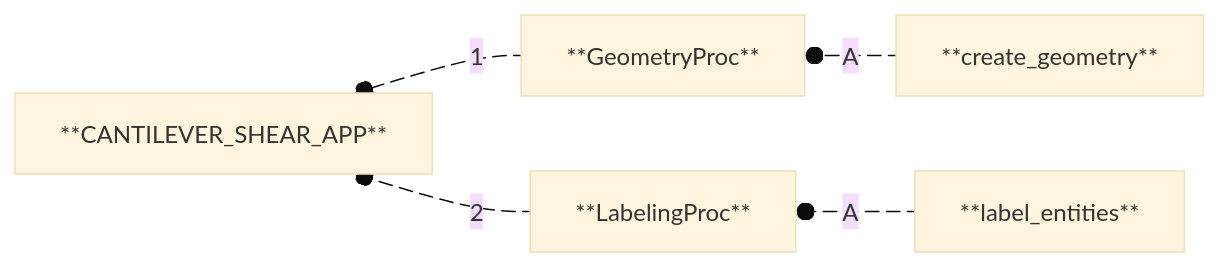
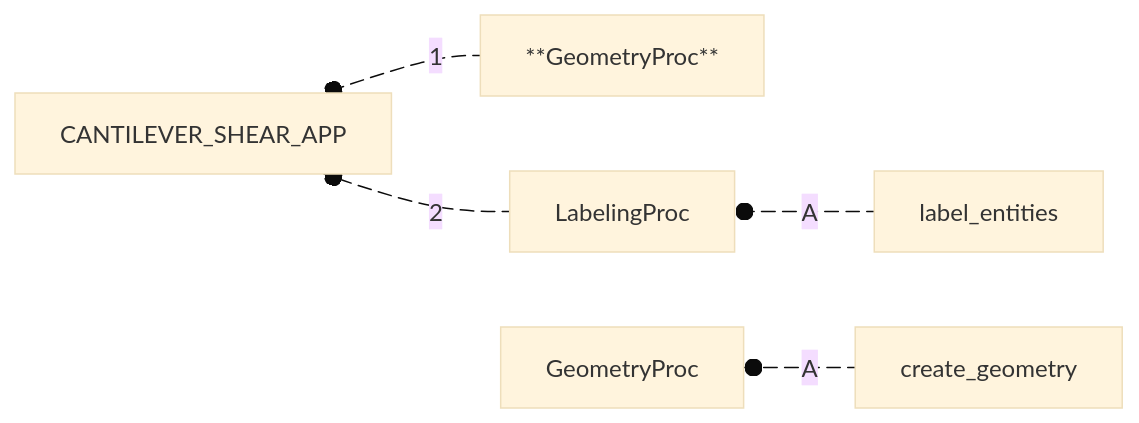
One commit to nuremics/nuremics-docs changed the first of 6 diagrams in docs/labs/Apps/simulation/CANTILEVER_SHEAR_APP/app.md. Above: the diagram before and after it, drawn with Mermaid (base theme). The commit also changed other lines of this file and 5 other files, not shown here.

Commit message:
fix mermaid display issues

````diff
--- a/docs/labs/Apps/simulation/CANTILEVER_SHEAR_APP/app.md
+++ b/docs/labs/Apps/simulation/CANTILEVER_SHEAR_APP/app.md
@@ -17,11 +15,11 @@
 ```mermaid
 flowchart RL
-  **GeometryProc** e1@--1--o **CANTILEVER_SHEAR_APP**
-  **LabelingProc** e2@--2--o **CANTILEVER_SHEAR_APP**
-  **create_geometry** e3@--A--o **GeometryProc**
-  **label_entities** e4@--A--o **LabelingProc**
+  **GeometryProc** e1@--1--o CANTILEVER_SHEAR_APP
+  LabelingProc e2@--2--o CANTILEVER_SHEAR_APP
+  create_geometry e3@--A--o GeometryProc
+  label_entities e4@--A--o LabelingProc
   e1@{ animate: true }
   e2@{ animate: true }
   e3@{ animate: true }
   e4@{ animate: true }
 ```
````
